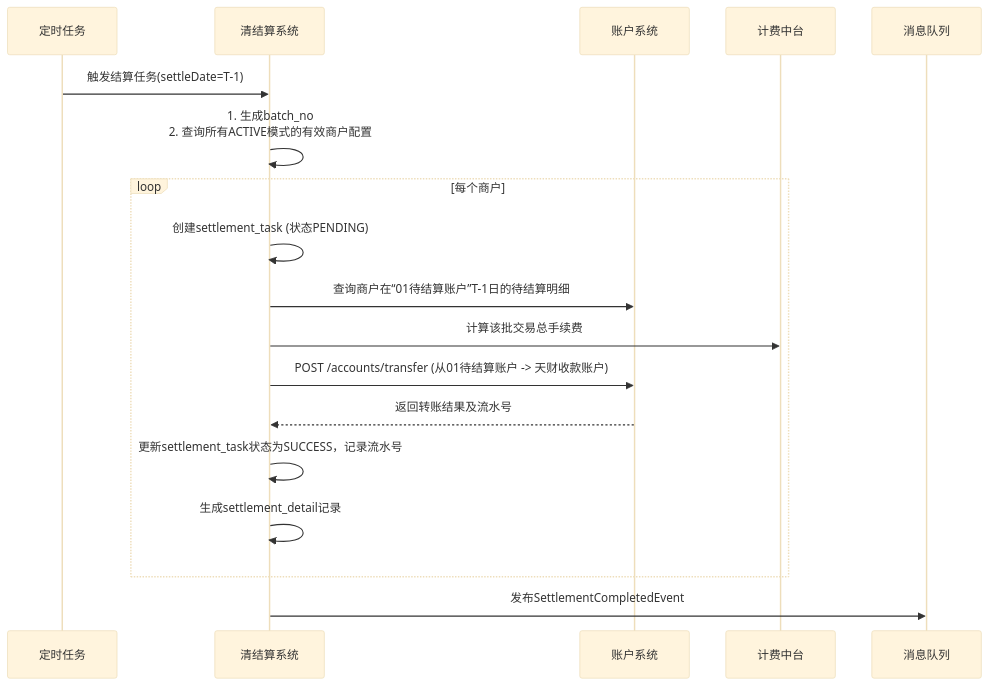
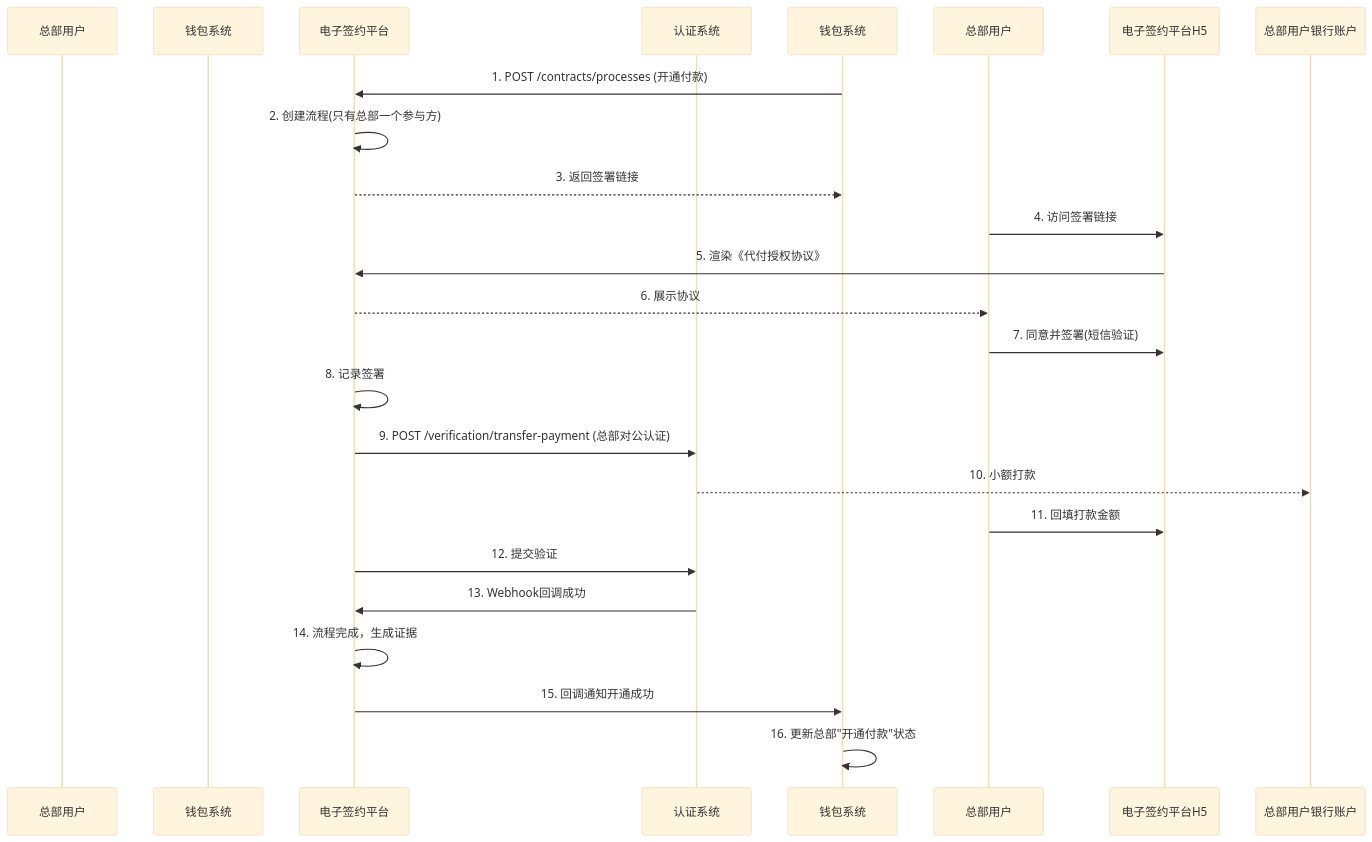
Before and after one commit to youzi211/AiCoding: diagram 18 of 28 in data/天财分账需求/gpt-5.2/output/final_design_document.md, drawn with Mermaid (base theme). The commit also changed other lines of this file and 93 other files, not shown here.

````diff
--- a/data/天财分账需求/gpt-5.2/output/final_design_document.md
+++ b/data/天财分账需求/gpt-5.2/output/final_design_document.md
@@ -2964,21 +3178,27 @@
 ```mermaid
 sequenceDiagram
-    participant Scheduler as 定时任务
-    participant S as 清结算系统
-    participant A as 账户系统
-    participant Fee as 计费中台
-    participant MQ as 消息队列
+    participant 总部 as 总部用户
+    participant 行业钱包系统 as 钱包系统
+    participant 电子签约平台
+    participant 认证系统
 
-    Scheduler->>S: 触发结算任务(settleDate=T-1)
-    S->>S: 1. 生成batch_no<br>2. 查询所有ACTIVE模式的有效商户配置
-    loop 每个商户
-        S->>S: 创建settlement_task (状态PENDING)
-        S->>A: 查询商户在“01待结算账户”T-1日的待结算明细
-        S->>Fee: 计算该批交易总手续费
-        S->>A: POST /accounts/transfer (从01待结算账户 -> 天财收款账户)
-        A-->>S: 返回转账结果及流水号
-        S->>S: 更新settlement_task状态为SUCCESS，记录流水号
-        S->>S: 生成settlement_detail记录
-    end
-    S->>MQ: 发布SettlementCompletedEvent
+    钱包系统->>电子签约平台: 1. POST /contracts/processes (开通付款)
+    电子签约平台->>电子签约平台: 2. 创建流程(只有总部一个参与方)
+    电子签约平台-->>钱包系统: 3. 返回签署链接
+    
+    总部用户->>电子签约平台H5: 4. 访问签署链接
+    电子签约平台H5->>电子签约平台: 5. 渲染《代付授权协议》
+    电子签约平台-->>总部用户: 6. 展示协议
+    总部用户->>电子签约平台H5: 7. 同意并签署(短信验证)
+    电子签约平台->>电子签约平台: 8. 记录签署
+    
+    电子签约平台->>认证系统: 9. POST /verification/transfer-payment (总部对公认证)
+    认证系统-->>总部用户银行账户: 10. 小额打款
+    总部用户->>电子签约平台H5: 11. 回填打款金额
+    电子签约平台->>认证系统: 12. 提交验证
+    认证系统->>电子签约平台: 13. Webhook回调成功
+    
+    电子签约平台->>电子签约平台: 14. 流程完成，生成证据
+    电子签约平台->>钱包系统: 15. 回调通知开通成功
+    钱包系统->>钱包系统: 16. 更新总部"开通付款"状态
 ```
````
